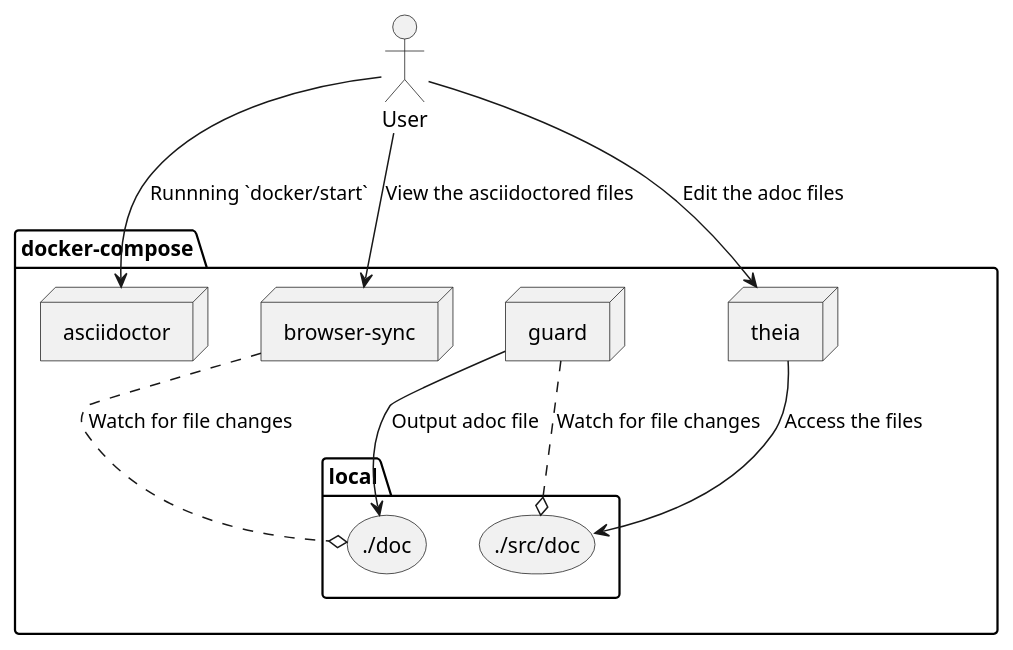
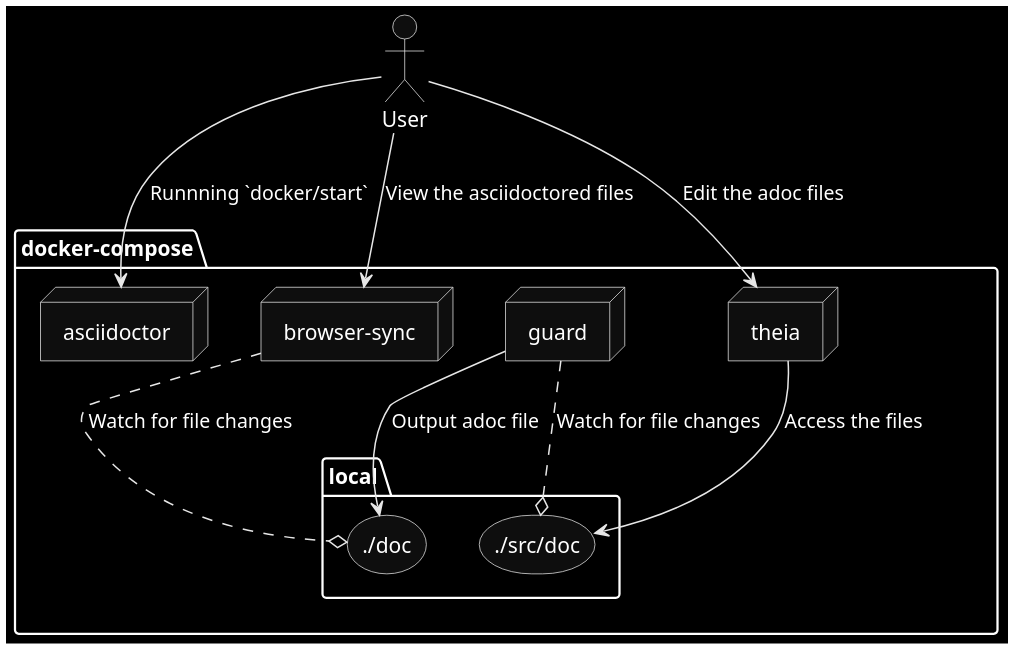
Before and after one commit to yubele/asciidoctor.live: the diagram in src/doc/architecture.adoc, drawn with PlantUML. The commit also changed 5 other files, not shown here.

```diff
--- a/src/doc/architecture.adoc
+++ b/src/doc/architecture.adoc
@@ -13,21 +13,22 @@
 [plantuml, diagram-classes, png]
 ....
+skinparam monochrome reverse
 actor User
 package "docker-compose" {
     node "asciidoctor"
     node "guard"
     node "browser-sync" as browsersync
     node "theia"
     package "local" {
         storage "./doc" as asciidoctored_doc
         storage "./src/doc" as src_doc
     }
     theia --> src_doc : Access the files
     guard ..o src_doc : Watch for file changes
     browsersync ..o asciidoctored_doc : Watch for file changes
     guard --> asciidoctored_doc : Output adoc file
     User --> asciidoctor : Runnning `docker/start`
 }
 User --> theia : Edit the adoc files
 User --> browsersync : View the asciidoctored files
 ....
```
